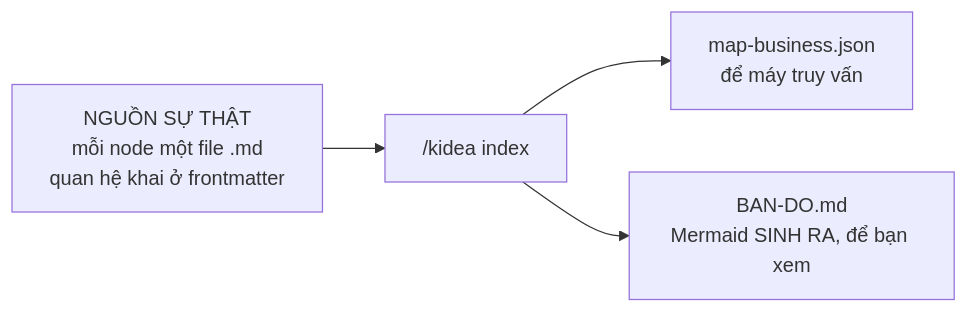
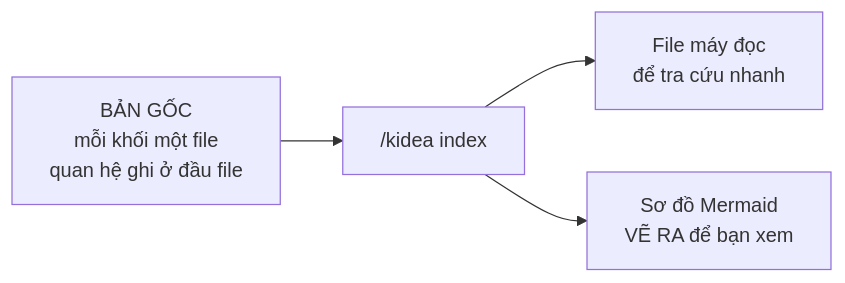
The sixth of 6 diagrams in answer.md (Kynderis/kendrick-ai-tools), drawn with Mermaid before and after one commit. The commit also changed other lines of this file and 1 other file, not shown here.

First line of the commit message:
docs: rewrite the business-map document in plain Vietnamese

````diff
--- a/answer.md
+++ b/answer.md
@@ -241,6 +275,6 @@
 ```mermaid
 flowchart LR
-    A["NGUỒN SỰ THẬT<br/>mỗi node một file .md<br/>quan hệ khai ở frontmatter"] --> B["/kidea index"]
-    B --> C["map-business.json<br/>để máy truy vấn"]
-    B --> D["BAN-DO.md<br/>Mermaid SINH RA, để bạn xem"]
+    A["BẢN GỐC<br/>mỗi khối một file<br/>quan hệ ghi ở đầu file"] --> B["/kidea index"]
+    B --> C["File máy đọc<br/>để tra cứu nhanh"]
+    B --> D["Sơ đồ Mermaid<br/>VẼ RA để bạn xem"]
 ```
````
